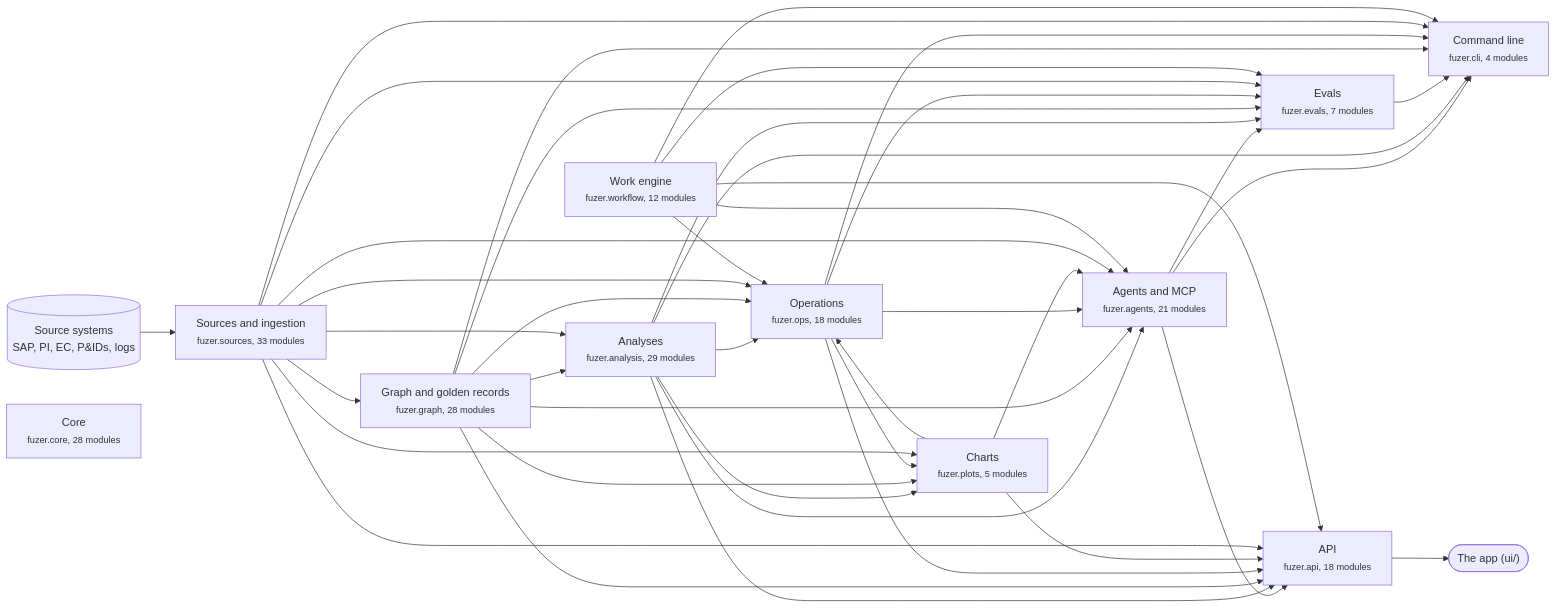
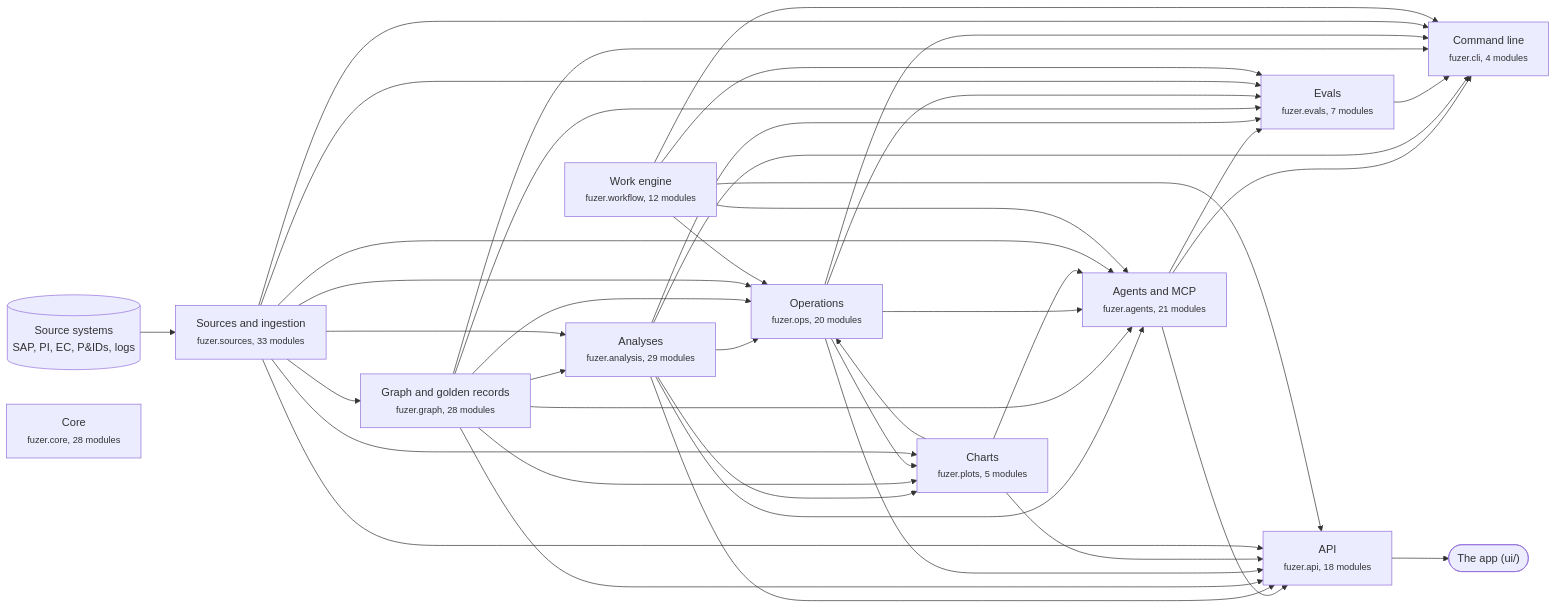
One commit to areed145/fuzer changed the first of 3 diagrams in docs/architecture.md. Above: the diagram before and after it, drawn with Mermaid. The commit also changed other lines of this file and 18 other files, not shown here.

````diff
--- a/docs/architecture.md
+++ b/docs/architecture.md
@@ -8,66 +8,66 @@
 ```mermaid
 flowchart LR
   systems[("Source systems<br>SAP, PI, EC, P&IDs, logs")] --> c_sources
   app(["The app (ui/)"])
   c_api --> app
   c_sources["Sources and ingestion<br><small>fuzer.sources, 33 modules</small>"]
   c_graph["Graph and golden records<br><small>fuzer.graph, 28 modules</small>"]
   c_analysis["Analyses<br><small>fuzer.analysis, 29 modules</small>"]
-  c_ops["Operations<br><small>fuzer.ops, 18 modules</small>"]
+  c_ops["Operations<br><small>fuzer.ops, 20 modules</small>"]
   c_plots["Charts<br><small>fuzer.plots, 5 modules</small>"]
   c_workflow["Work engine<br><small>fuzer.workflow, 12 modules</small>"]
   c_agents["Agents and MCP<br><small>fuzer.agents, 21 modules</small>"]
   c_evals["Evals<br><small>fuzer.evals, 7 modules</small>"]
   c_api["API<br><small>fuzer.api, 18 modules</small>"]
   c_cli["Command line<br><small>fuzer.cli, 4 modules</small>"]
   c_core["Core<br><small>fuzer.core, 28 modules</small>"]
   c_sources --> c_graph
   c_graph --> c_analysis
   c_sources --> c_analysis
   c_analysis --> c_ops
   c_graph --> c_ops
   c_plots --> c_ops
   c_sources --> c_ops
   c_workflow --> c_ops
   c_analysis --> c_plots
   c_graph --> c_plots
   c_ops --> c_plots
   c_sources --> c_plots
   c_analysis --> c_agents
   c_graph --> c_agents
   c_ops --> c_agents
   c_plots --> c_agents
   c_sources --> c_agents
   c_workflow --> c_agents
   c_agents --> c_evals
   c_analysis --> c_evals
   c_graph --> c_evals
   c_ops --> c_evals
   c_sources --> c_evals
   c_workflow --> c_evals
   c_agents --> c_api
   c_analysis --> c_api
   c_graph --> c_api
   c_ops --> c_api
   c_plots --> c_api
   c_sources --> c_api
   c_workflow --> c_api
   c_agents --> c_cli
   c_analysis --> c_cli
   c_evals --> c_cli
   c_graph --> c_cli
   c_ops --> c_cli
   c_sources --> c_cli
   c_workflow --> c_cli
   click c_sources "https://github.com/areed145/fuzer/tree/main/src/fuzer/sources"
   click c_graph "https://github.com/areed145/fuzer/tree/main/src/fuzer/graph"
   click c_analysis "https://github.com/areed145/fuzer/tree/main/src/fuzer/analysis"
   click c_ops "https://github.com/areed145/fuzer/tree/main/src/fuzer/ops"
   click c_plots "https://github.com/areed145/fuzer/tree/main/src/fuzer/plots"
   click c_workflow "https://github.com/areed145/fuzer/tree/main/src/fuzer/workflow"
   click c_agents "https://github.com/areed145/fuzer/tree/main/src/fuzer/agents"
   click c_evals "https://github.com/areed145/fuzer/tree/main/src/fuzer/evals"
   click c_api "https://github.com/areed145/fuzer/tree/main/src/fuzer/api"
   click c_cli "https://github.com/areed145/fuzer/tree/main/src/fuzer/cli"
   click c_core "https://github.com/areed145/fuzer/tree/main/src/fuzer/core"
 ```
````
